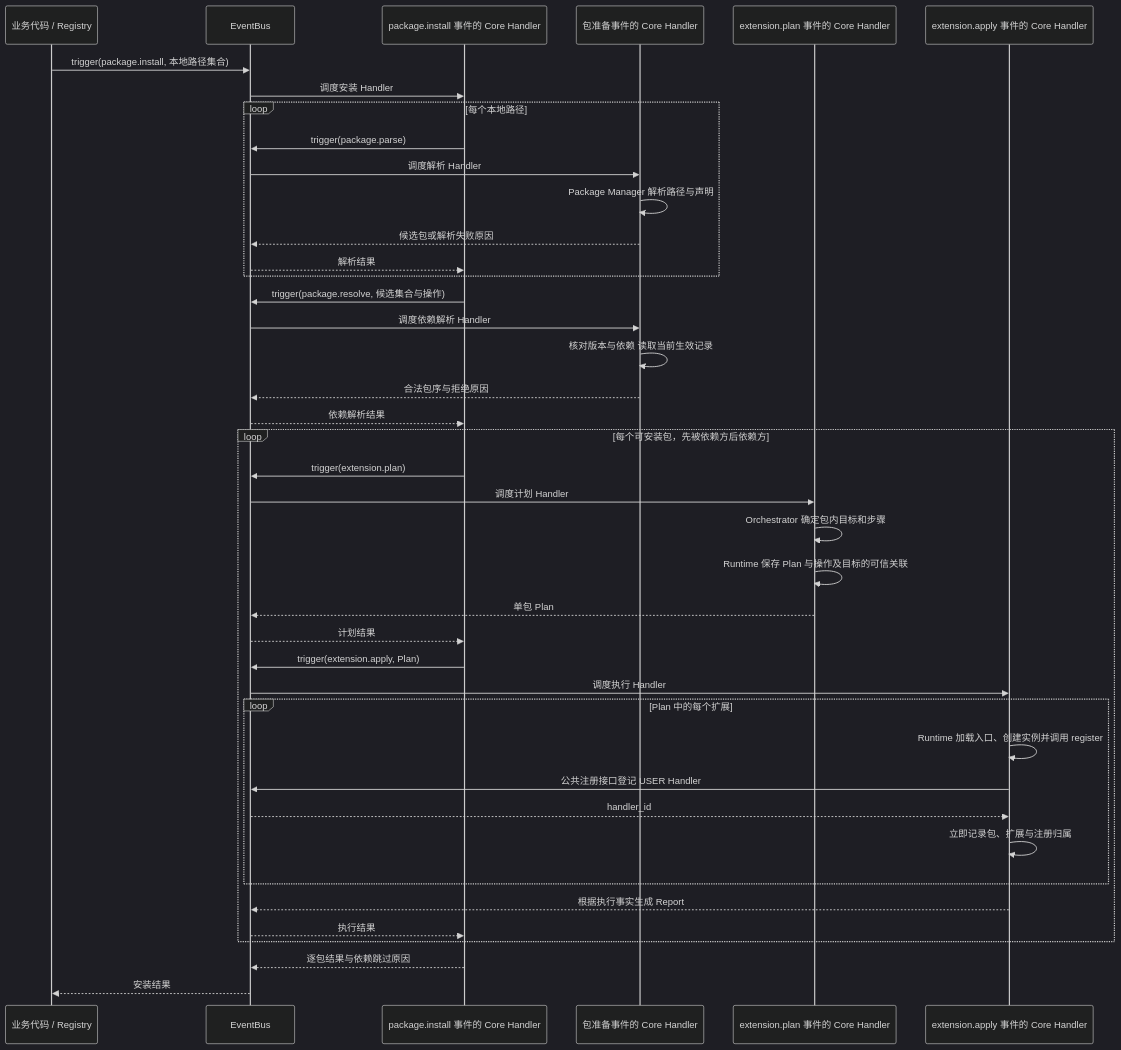
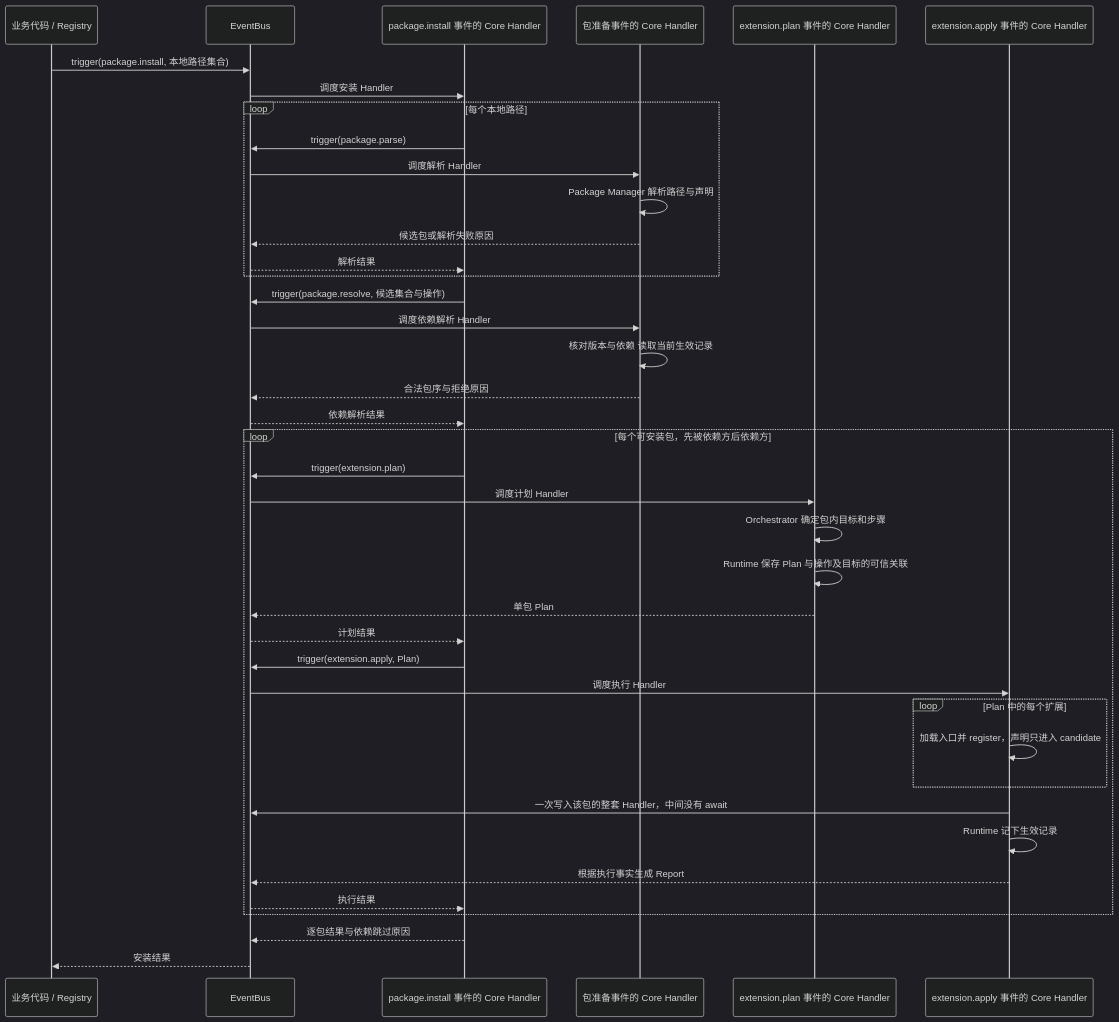
One commit to openJiuwen-ai/agent-core changed the second of 10 diagrams in openjiuwen/core/extension/docs/designs/extension-architecture.md. Above: the diagram before and after it, drawn with Mermaid (dark theme). The commit also changed other lines of this file and 28 other files, not shown here.

````diff
--- a/openjiuwen/core/extension/docs/designs/extension-architecture.md
+++ b/openjiuwen/core/extension/docs/designs/extension-architecture.md
@@ -452,43 +417,42 @@
 ```mermaid
 sequenceDiagram
     participant H as 业务代码 / Registry
     participant B as EventBus
     participant I as package.install 事件的 Core Handler
     participant P as 包准备事件的 Core Handler
     participant O as extension.plan 事件的 Core Handler
     participant T as extension.apply 事件的 Core Handler
     H->>B: trigger(package.install, 本地路径集合)
     B->>I: 调度安装 Handler
     loop 每个本地路径
         I->>B: trigger(package.parse)
         B->>P: 调度解析 Handler
         P->>P: Package Manager 解析路径与声明
         P-->>B: 候选包或解析失败原因
         B-->>I: 解析结果
     end
     I->>B: trigger(package.resolve, 候选集合与操作)
     B->>P: 调度依赖解析 Handler
     P->>P: 核对版本与依赖 读取当前生效记录
     P-->>B: 合法包序与拒绝原因
     B-->>I: 依赖解析结果
     loop 每个可安装包，先被依赖方后依赖方
         I->>B: trigger(extension.plan)
         B->>O: 调度计划 Handler
         O->>O: Orchestrator 确定包内目标和步骤
         O->>O: Runtime 保存 Plan 与操作及目标的可信关联
         O-->>B: 单包 Plan
         B-->>I: 计划结果
         I->>B: trigger(extension.apply, Plan)
         B->>T: 调度执行 Handler
         loop Plan 中的每个扩展
-            T->>T: Runtime 加载入口、创建实例并调用 register
-            T->>B: 公共注册接口登记 USER Handler
-            B-->>T: handler_id
-            T->>T: 立即记录包、扩展与注册归属
+            T->>T: 加载入口并 register，声明只进入 candidate
         end
+        T->>B: 一次写入该包的整套 Handler，中间没有 await
+        T->>T: Runtime 记下生效记录
         T-->>B: 根据执行事实生成 Report
         B-->>I: 执行结果
     end
     I-->>B: 逐包结果与依赖跳过原因
     B-->>H: 安装结果
 ```
````
